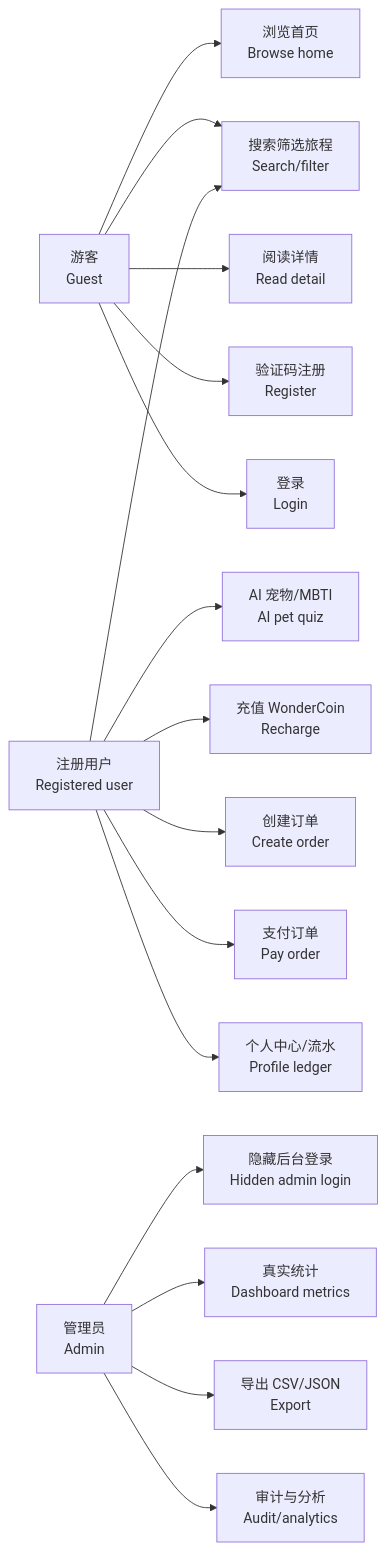
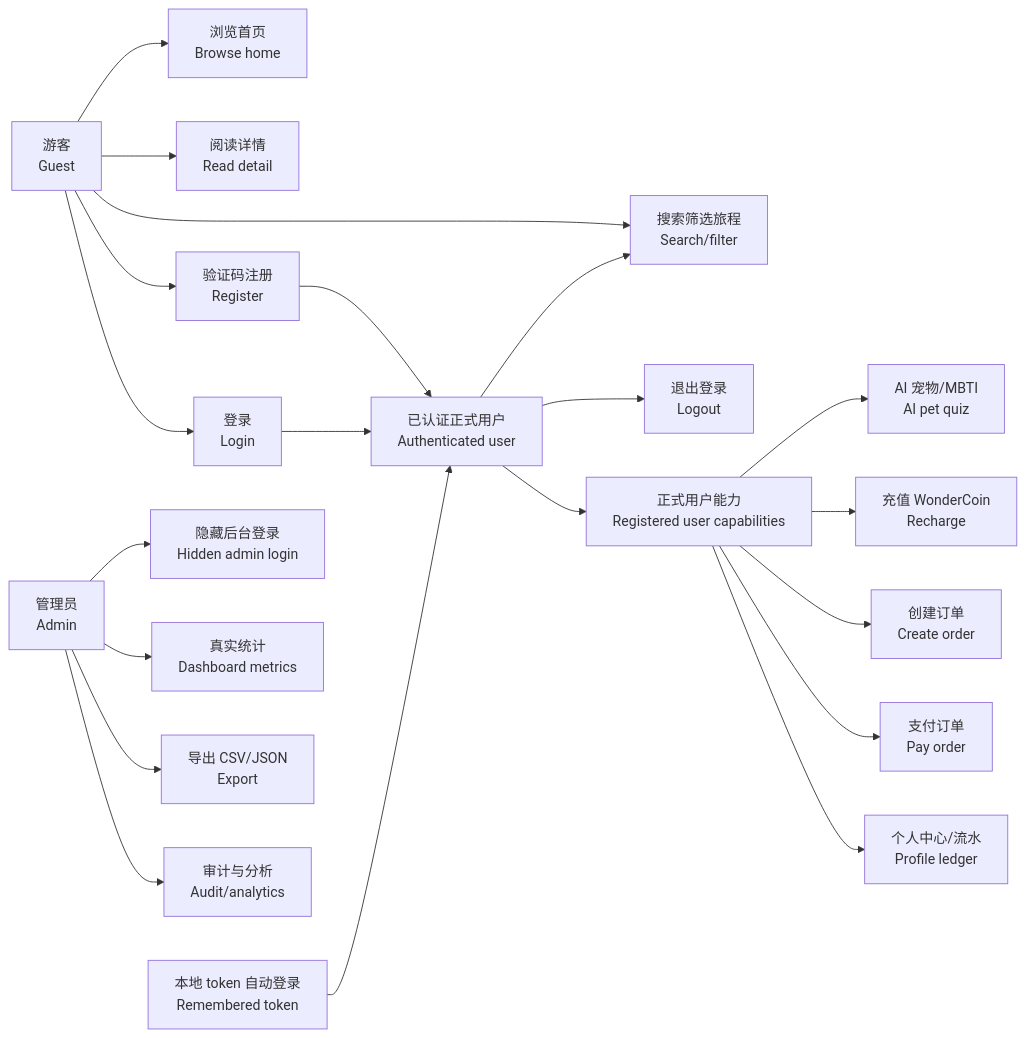
The diagram in docs/generated/user-cases.mmd (LibertychaserUS/100-journeys), drawn with Mermaid before and after one commit. The commit also changed 55 other files, not shown here.

```diff
--- a/docs/generated/user-cases.mmd
+++ b/docs/generated/user-cases.mmd
@@ -1,18 +1,24 @@
 flowchart LR
     guest["游客<br/>Guest"] --> browse["浏览首页<br/>Browse home"]
     guest --> explore["搜索筛选旅程<br/>Search/filter"]
     guest --> detail["阅读详情<br/>Read detail"]
     guest --> register["验证码注册<br/>Register"]
     guest --> login["登录<br/>Login"]
 
-    user["注册用户<br/>Registered user"] --> explore
+    register --> authed["已认证正式用户<br/>Authenticated user"]
+    login --> authed
+    cookie["本地 token 自动登录<br/>Remembered token"] --> authed
+
+    authed --> explore
+    authed --> logout["退出登录<br/>Logout"]
+    authed --> user["正式用户能力<br/>Registered user capabilities"]
     user --> pet["AI 宠物/MBTI<br/>AI pet quiz"]
     user --> recharge["充值 WonderCoin<br/>Recharge"]
     user --> order["创建订单<br/>Create order"]
     user --> pay["支付订单<br/>Pay order"]
     user --> profile["个人中心/流水<br/>Profile ledger"]
 
     admin["管理员<br/>Admin"] --> adminLogin["隐藏后台登录<br/>Hidden admin login"]
     admin --> dashboard["真实统计<br/>Dashboard metrics"]
     admin --> export["导出 CSV/JSON<br/>Export"]
     admin --> audit["审计与分析<br/>Audit/analytics"]
```
